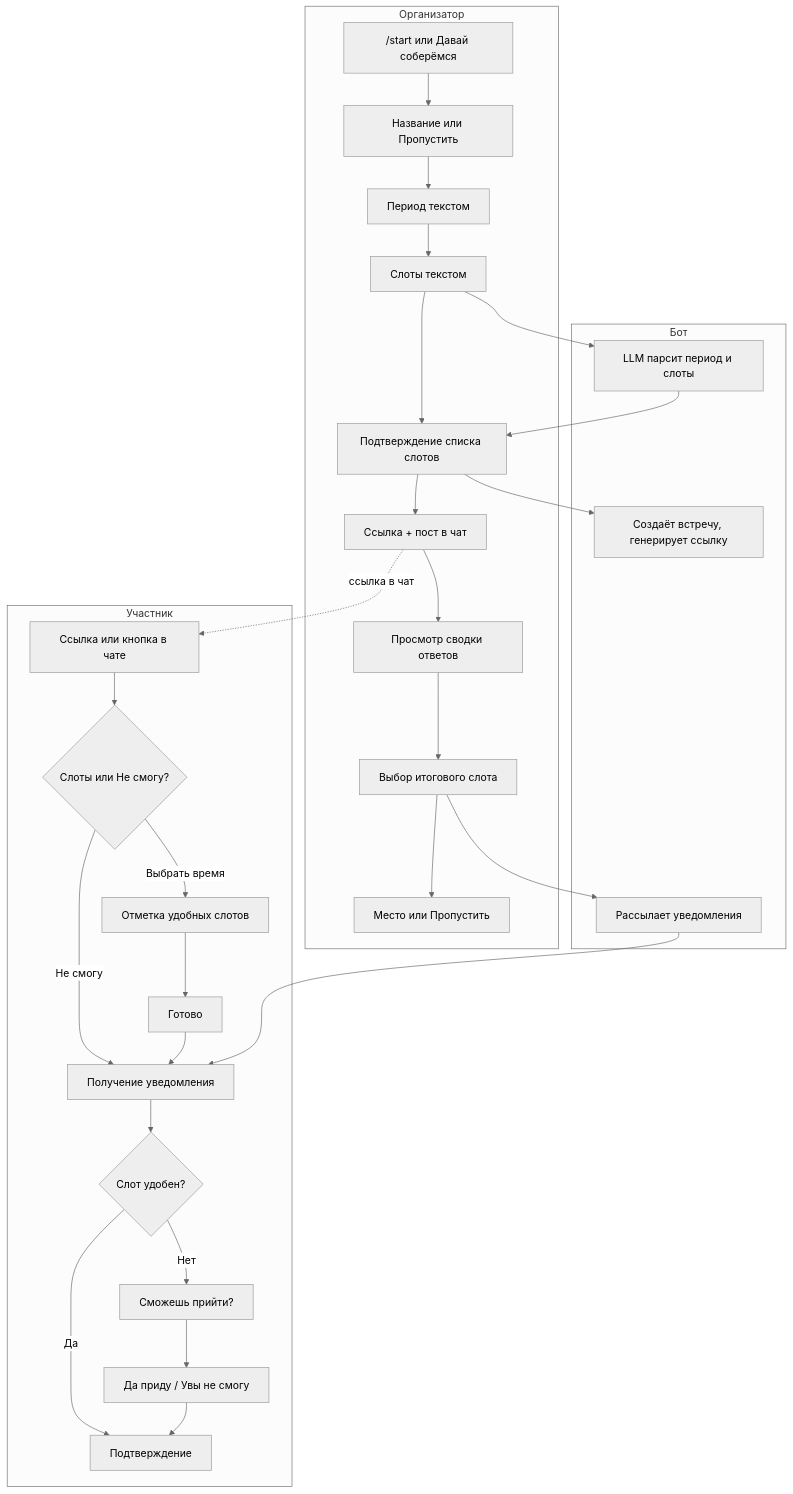
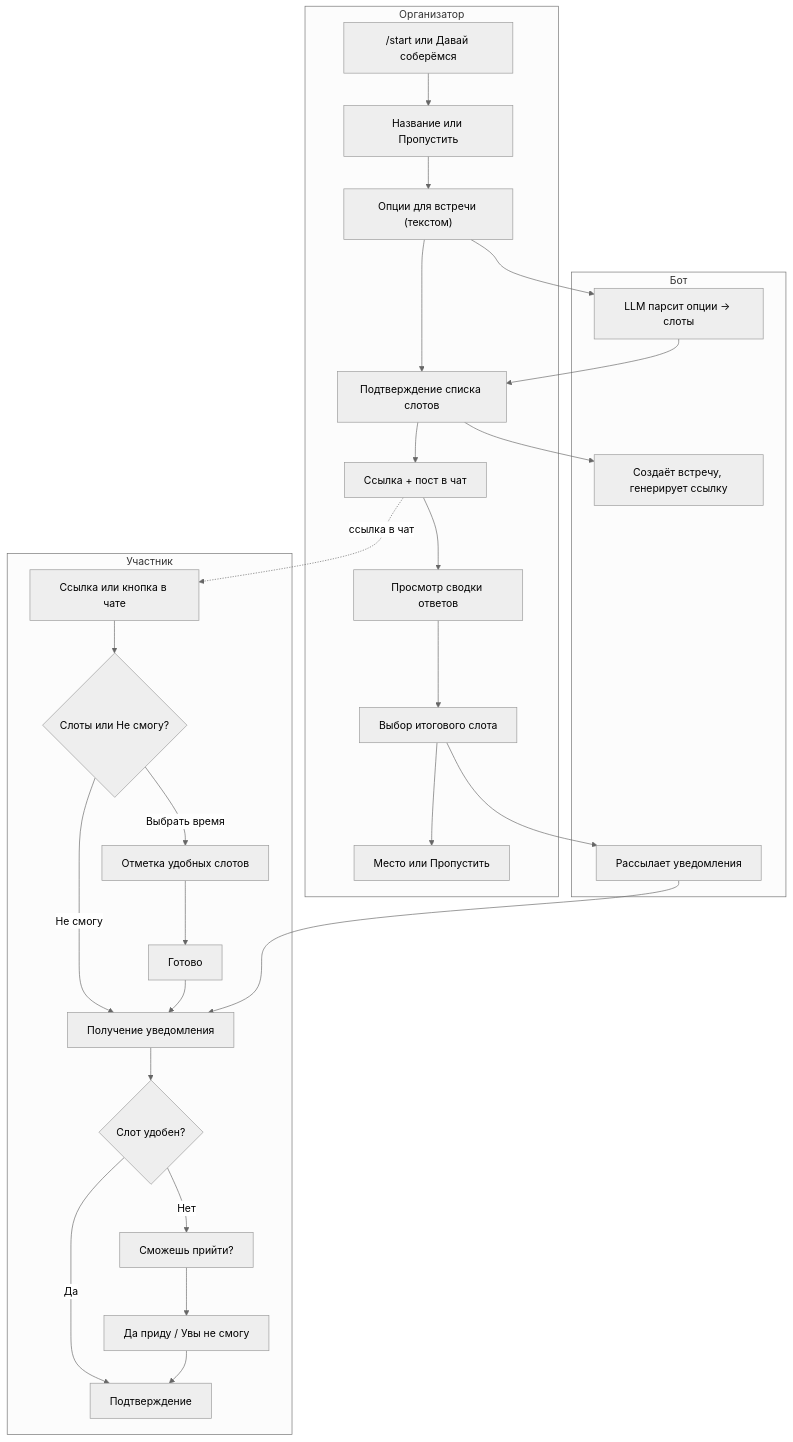
The diagram in docs/product-description/05. Development/PLAN_IMPLEMENTATION.md (ktfrdm/vibebuilding), drawn with Mermaid (neutral theme) before and after one commit. The commit also changed other lines of this file and 24 other files, not shown here.

````diff
--- a/docs/product-description/05. Development/PLAN_IMPLEMENTATION.md
+++ b/docs/product-description/05. Development/PLAN_IMPLEMENTATION.md
@@ -11,47 +11,46 @@
 ```mermaid
 flowchart TB
   subgraph Organizer [Организатор]
     O1["/start или Давай соберёмся"]
     O2["Название или Пропустить"]
-    O3["Период текстом"]
-    O4["Слоты текстом"]
-    O5["Подтверждение списка слотов"]
-    O6["Ссылка + пост в чат"]
-    O7["Просмотр сводки ответов"]
-    O8["Выбор итогового слота"]
-    O9["Место или Пропустить"]
-    O1 --> O2 --> O3 --> O4 --> O5 --> O6 --> O7 --> O8 --> O9
+    O3["Опции для встречи (текстом)"]
+    O4["Подтверждение списка слотов"]
+    O5["Ссылка + пост в чат"]
+    O6["Просмотр сводки ответов"]
+    O7["Выбор итогового слота"]
+    O8["Место или Пропустить"]
+    O1 --> O2 --> O3 --> O4 --> O5 --> O6 --> O7 --> O8
   end
 
   subgraph Participant [Участник]
     P1["Ссылка или кнопка в чате"]
     P2{"Слоты или Не смогу?"}
     P3["Отметка удобных слотов"]
     P4["Готово"]
     P5["Получение уведомления"]
     P6{"Слот удобен?"}
     P7["Подтверждение"]
     P8["Сможешь прийти?"]
     P9["Да приду / Увы не смогу"]
     P1 --> P2
     P2 -->|Выбрать время| P3 --> P4
     P2 -->|Не смогу| P5
     P4 --> P5
     P5 --> P6
     P6 -->|Да| P7
     P6 -->|Нет| P8 --> P9 --> P7
   end
 
   subgraph Bot [Бот]
-    B1["LLM парсит период и слоты"]
+    B1["LLM парсит опции → слоты"]
     B2["Создаёт встречу, генерирует ссылку"]
     B3["Рассылает уведомления"]
-    O4 --> B1
-    B1 --> O5
-    O5 --> B2
-    O8 --> B3
+    O3 --> B1
+    B1 --> O4
+    O4 --> B2
+    O7 --> B3
     B3 --> P5
   end
 
-  O6 -.->|ссылка в чат| P1
+  O5 -.->|ссылка в чат| P1
 ```
````
